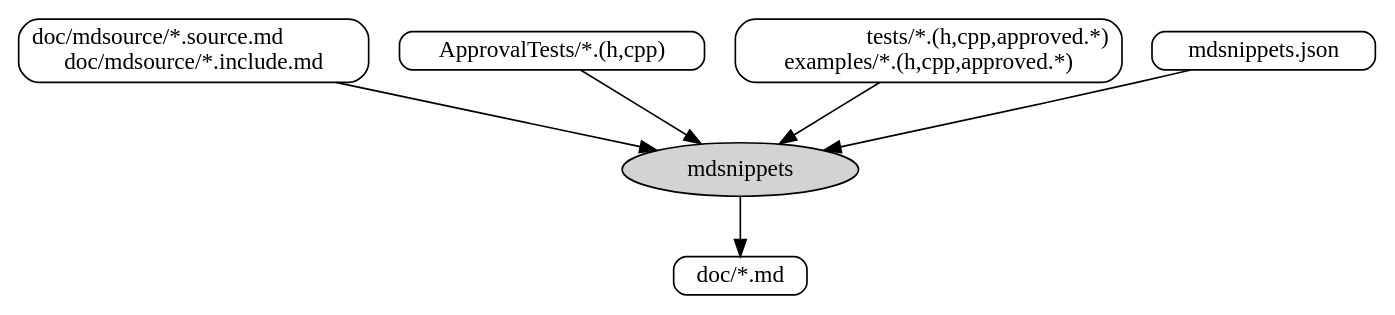
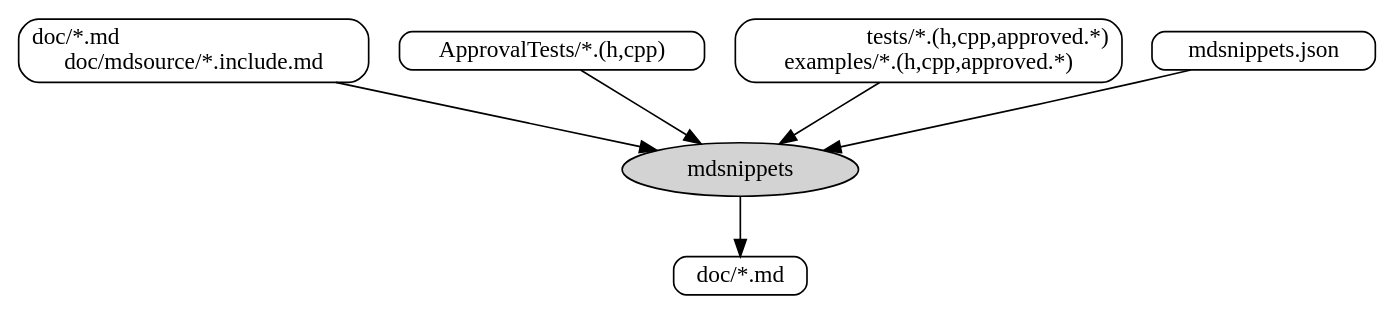
Before and after one commit to approvals/ApprovalTests.cpp: the diagram in doc/images/source/mdsnippets_flow.dot, drawn with Graphviz. The commit also changed 3 other files, not shown here.

First line of the commit message:
d Change all mdsource/blah.source.md to blah.md

```diff
--- a/doc/images/source/mdsnippets_flow.dot
+++ b/doc/images/source/mdsnippets_flow.dot
@@ -1,22 +1,22 @@
 digraph mdsnippets_flow {
     rankdir = "TB"
     node [fontsize = 14, shape = box, style="rounded", height = 0.25]
     edge [fontsize = 14]
 
     "mdsnippets" [shape = oval, fillcolor = lightgray, style = filled]
 
-    "docs_mdsource_md" [label = "doc/mdsource/*.source.md\ldoc/mdsource/*.include.md"]
+    "docs_mdsource_md" [label = "doc/*.md\ldoc/mdsource/*.include.md"]
     "docs_mdsource_md" -> "mdsnippets"
 
     "ApprovalTests" [label = "ApprovalTests/*.(h,cpp)"]
     "ApprovalTests" -> "mdsnippets"
 
     "tests_source" [label = "tests/*.(h,cpp,approved.*)\rexamples/*.(h,cpp,approved.*)"]
     "tests_source" -> "mdsnippets"
 
     "mdsnippets_json" [label = "mdsnippets.json"]
     "mdsnippets_json" -> "mdsnippets"
 
     "docs_md" [label = "doc/*.md"]
     "mdsnippets" -> "docs_md"
 }
```
